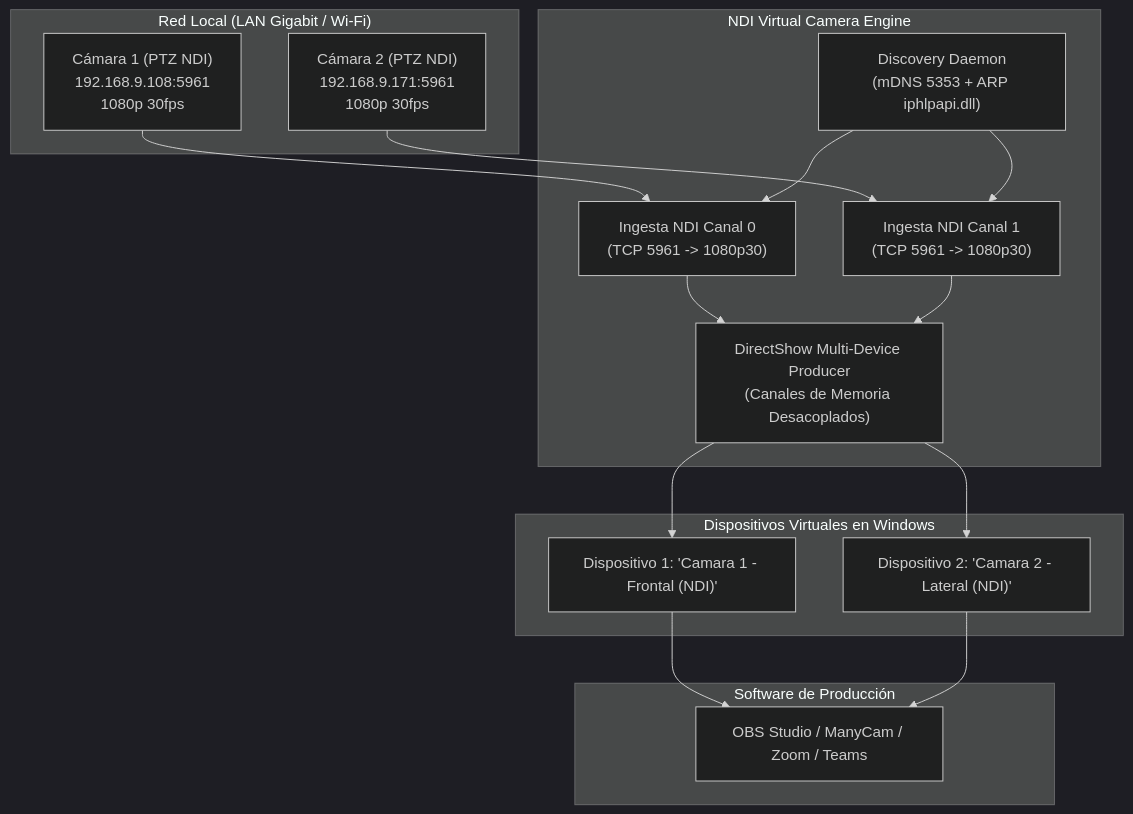
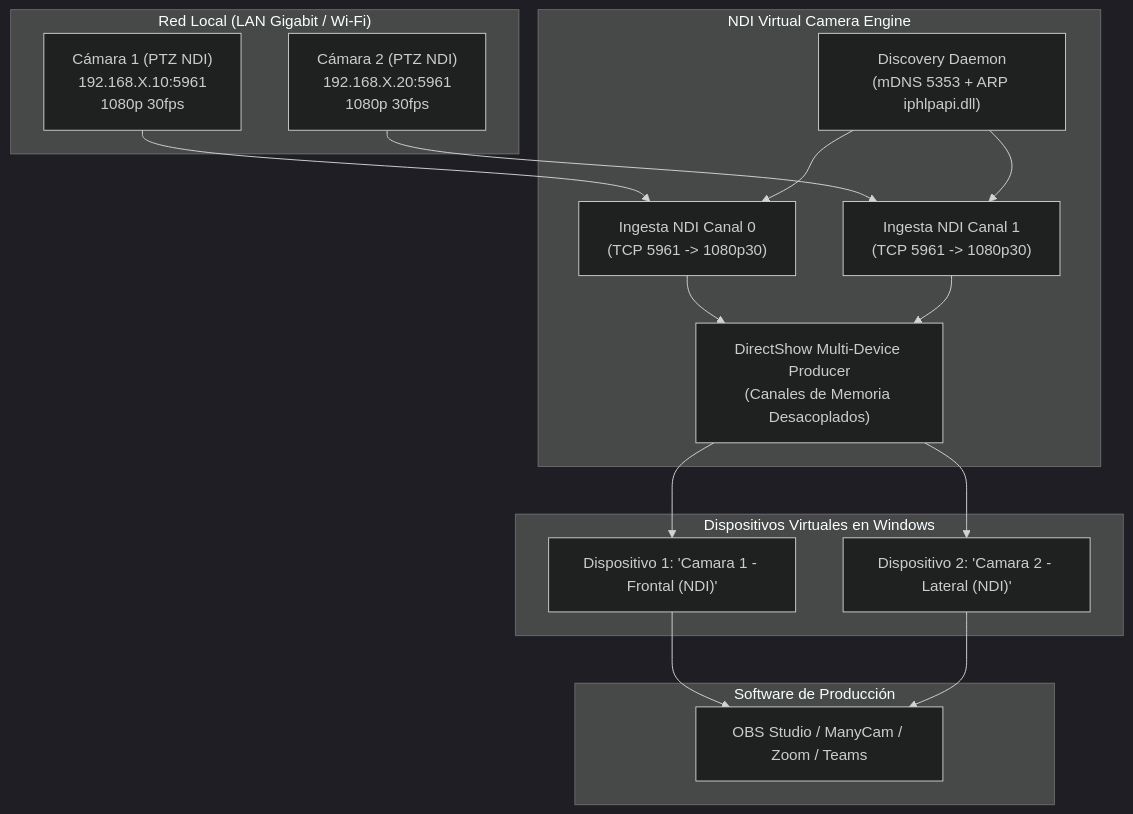
Before and after one commit to vgisbert/ndi-multicam-virtual-camera: the diagram in README.md, drawn with Mermaid (dark theme). The commit also changed other lines of this file and 2 other files, not shown here.

Commit message:
docs: sanitize real IP addresses, MACs and serial numbers

````diff
--- a/README.md
+++ b/README.md
@@ -28,34 +28,35 @@
 ```mermaid
 flowchart TD
     subgraph LAN["Red Local (LAN Gigabit / Wi-Fi)"]
-        Cam1["Cámara 1 (PTZ NDI)<br/>192.168.9.108:5961<br/>1080p 30fps"]
-        Cam2["Cámara 2 (PTZ NDI)<br/>192.168.9.171:5961<br/>1080p 30fps"]
+        Cam1["Cámara 1 (PTZ NDI)<br/>192.168.X.10:5961<br/>1080p 30fps"]
+        Cam2["Cámara 2 (PTZ NDI)<br/>192.168.X.20:5961<br/>1080p 30fps"]
     end
+
 
     subgraph Core["NDI Virtual Camera Engine"]
         Daemon["Discovery Daemon<br/>(mDNS 5353 + ARP iphlpapi.dll)"]
         Worker1["Ingesta NDI Canal 0<br/>(TCP 5961 -> 1080p30)"]
         Worker2["Ingesta NDI Canal 1<br/>(TCP 5961 -> 1080p30)"]
         Bridge["DirectShow Multi-Device Producer<br/>(Canales de Memoria Desacoplados)"]
     end
 
     subgraph DirectShow["Dispositivos Virtuales en Windows"]
         Dev1["Dispositivo 1: 'Camara 1 - Frontal (NDI)'"]
         Dev2["Dispositivo 2: 'Camara 2 - Lateral (NDI)'"]
     end
 
     subgraph Apps["Software de Producción"]
         OBS["OBS Studio / ManyCam / Zoom / Teams"]
     end
 
     Cam1 --> Worker1
     Cam2 --> Worker2
     Daemon --> Worker1
     Daemon --> Worker2
     Worker1 --> Bridge
     Worker2 --> Bridge
     Bridge --> Dev1
     Bridge --> Dev2
     Dev1 --> OBS
     Dev2 --> OBS
 ```
````
